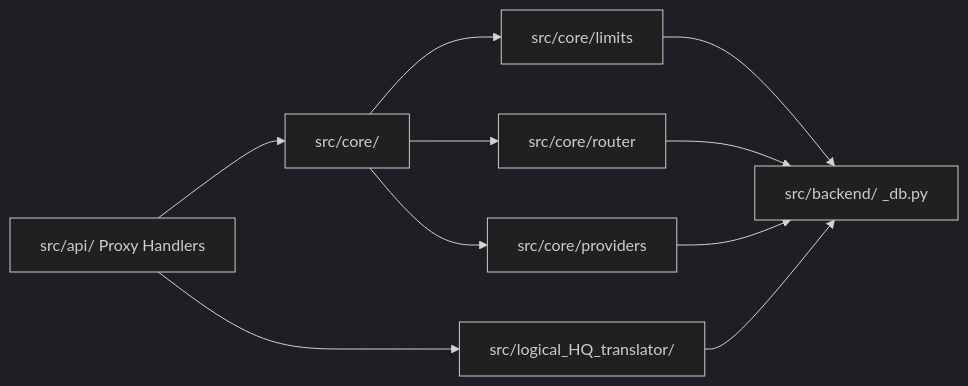
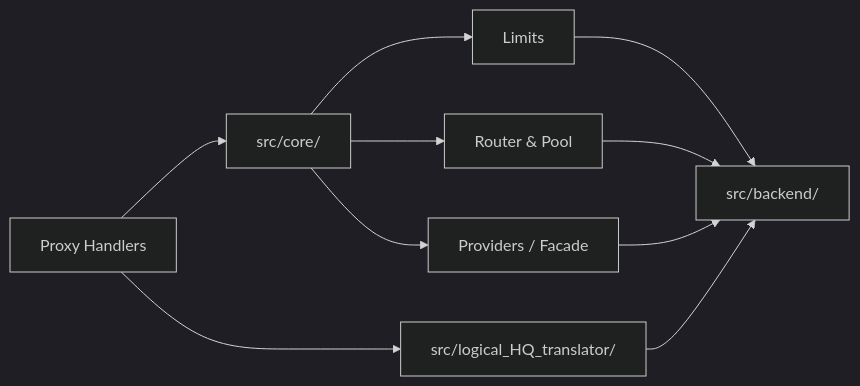
Before and after one commit to azizu1012/Router-API: the second of 3 diagrams in docs/ARCHITECTURE_GRAPH_REPORT.md, drawn with Mermaid (dark theme). The commit also changed other lines of this file and 7 other files, not shown here.

````diff
--- a/docs/ARCHITECTURE_GRAPH_REPORT.md
+++ b/docs/ARCHITECTURE_GRAPH_REPORT.md
@@ -37,12 +51,13 @@
 ```mermaid
 graph LR
-    API[src/api/ Proxy Handlers] --> Core[src/core/]
+    API[Proxy Handlers] --> Core[src/core/]
     API --> HQ[src/logical_HQ_translator/]
-    Core --> CoreLimits[src/core/limits]
-    Core --> CoreRouter[src/core/router]
-    Core --> CoreProviders[src/core/providers]
-    CoreLimits --> Backend[src/backend/ _db.py]
+    Core --> CoreLimits[Limits]
+    Core --> CoreRouter[Router & Pool]
+    Core --> CoreProviders[Providers / Facade]
+    
+    CoreLimits --> Backend[src/backend/]
     CoreRouter --> Backend
+    CoreProviders --> Backend
     HQ --> Backend
-    CoreProviders --> Backend
 ```
````
